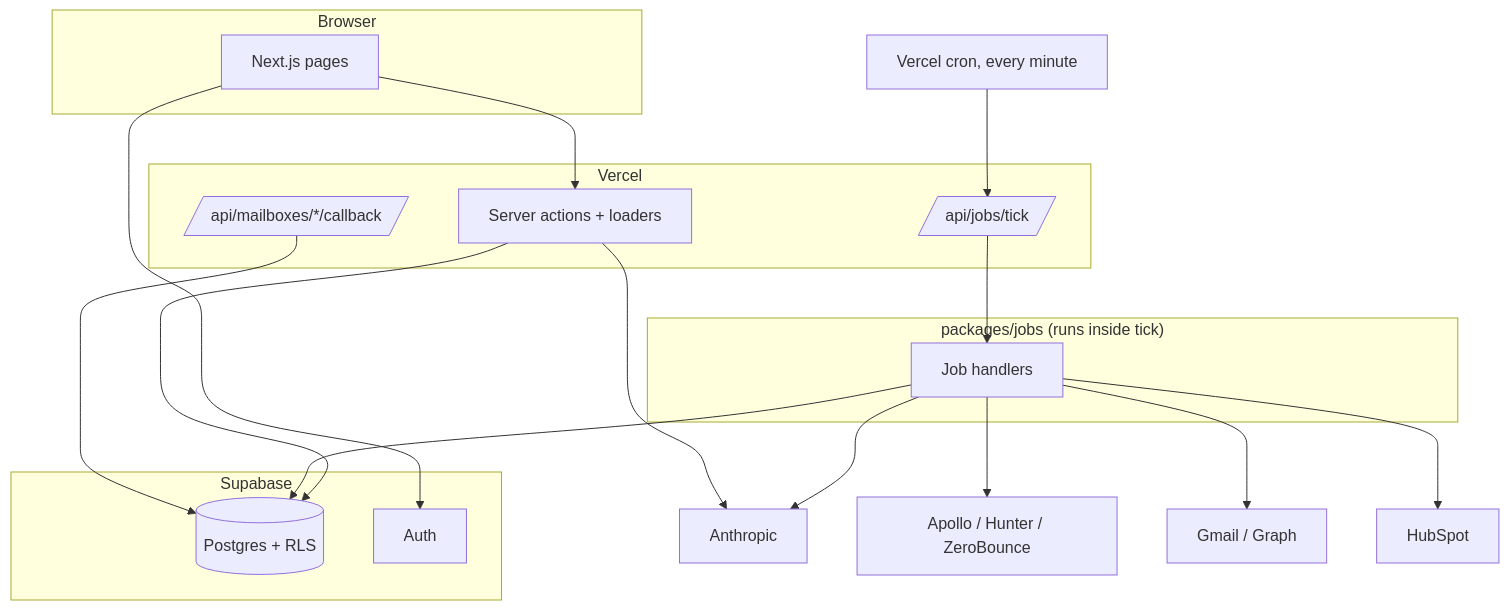
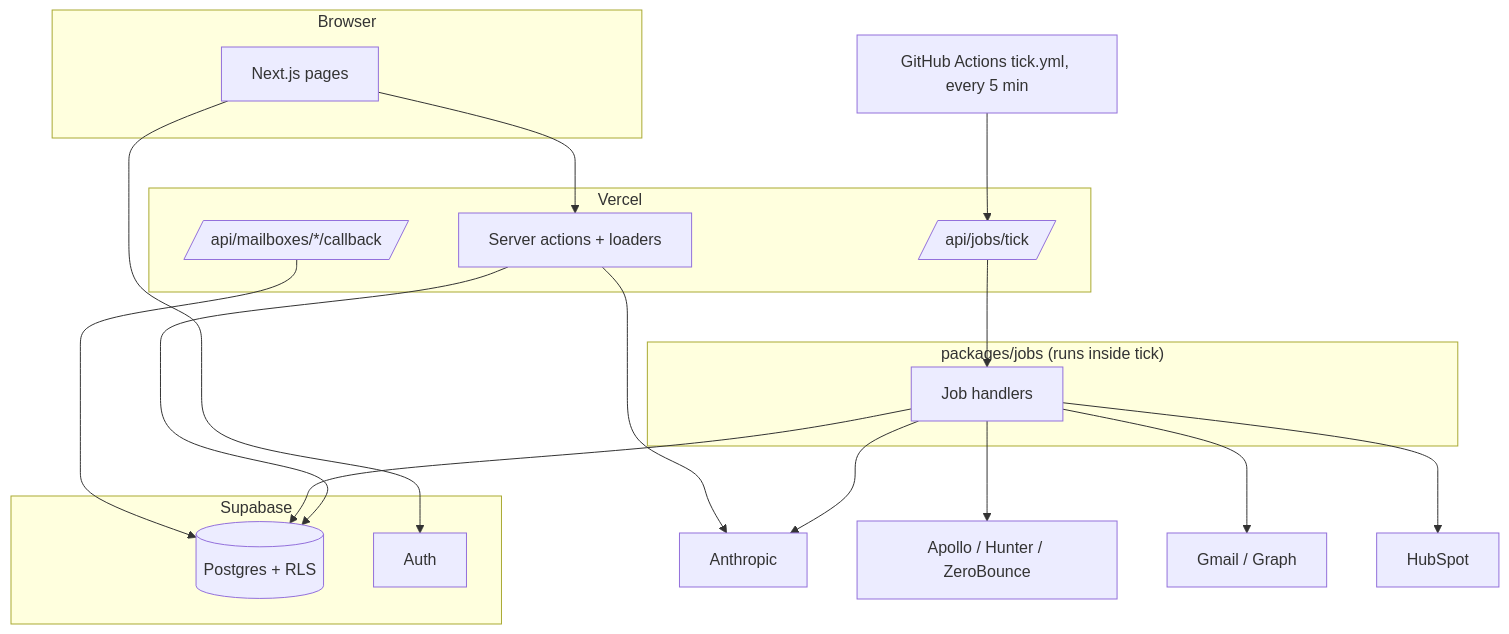
Before and after one commit to arpitcoding007-star/Huntloop: the fifth of 7 diagrams in HUNTLOOP_MASTER_SYSTEM_GUIDE.md, drawn with Mermaid. The commit also changed other lines of this file, not shown here.

First line of the commit message:
docs(guide): the engine clock is the 5-minute GitHub Actions tick

````diff
--- a/HUNTLOOP_MASTER_SYSTEM_GUIDE.md
+++ b/HUNTLOOP_MASTER_SYSTEM_GUIDE.md
@@ -682,28 +686,28 @@
 ```mermaid
 flowchart TB
   subgraph Browser
     UI[Next.js pages]
   end
   subgraph Vercel
     SA[Server actions + loaders]
     TICK[/api/jobs/tick/]
     CB[/api/mailboxes/*/callback/]
   end
   subgraph Supabase
     PG[(Postgres + RLS)]
     AUTH[Auth]
   end
   subgraph Engine["packages/jobs (runs inside tick)"]
     H[Job handlers]
   end
   UI --> SA --> PG
   UI --> AUTH
   TICK --> H --> PG
   H --> AI[Anthropic]
   H --> PRV[Apollo / Hunter / ZeroBounce]
   H --> MAIL[Gmail / Graph]
   H --> HS[HubSpot]
   SA --> AI
   CB --> PG
-  CRON[Vercel cron, every minute] --> TICK
+  CRON[GitHub Actions tick.yml, every 5 min] --> TICK
 ```
````
